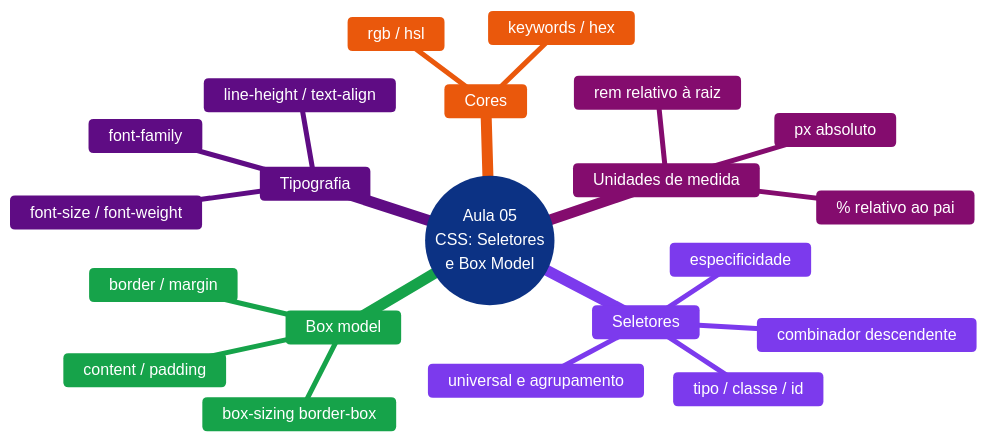
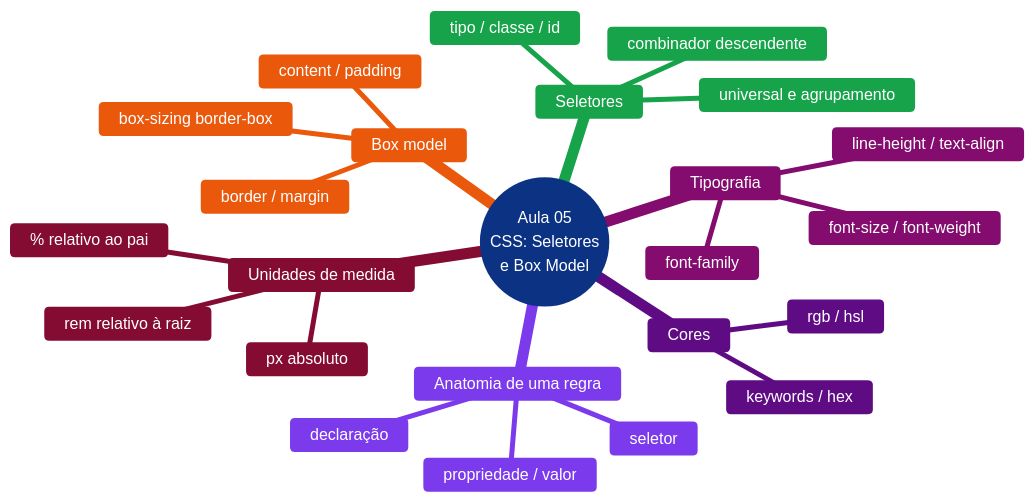
The diagram in aula-05/diagramas/03-resumo-aula-05.mmd (gustavocolombelli/uniguacu-web-dev), drawn with Mermaid before and after one commit. The commit also changed 5 other files, not shown here.

```diff
--- a/aula-05/diagramas/03-resumo-aula-05.mmd
+++ b/aula-05/diagramas/03-resumo-aula-05.mmd
@@ -1,36 +1,39 @@
 %%{init: {'theme':'base', 'themeVariables': {
   'primaryColor': '#2563EB',
   'primaryTextColor': '#FFFFFF',
   'primaryBorderColor': '#1D4ED8',
   'secondaryColor': '#7C3AED',
   'secondaryTextColor': '#FFFFFF',
   'tertiaryTextColor': '#6B7280',
   'lineColor': '#6B7280',
   'textColor': '#6B7280',
   'cScale0': '#2563EB', 'cScaleLabel0': '#FFFFFF',
   'cScale1': '#7C3AED', 'cScaleLabel1': '#FFFFFF',
   'cScale2': '#16A34A', 'cScaleLabel2': '#FFFFFF',
   'cScale3': '#EA580C', 'cScaleLabel3': '#FFFFFF'
 }}}%%
 mindmap
   root((Aula 05<br/>CSS: Seletores<br/>e Box Model))
+    Anatomia de uma regra
+      seletor
+      declaração
+      propriedade / valor
     Seletores
       tipo / classe / id
       universal e agrupamento
       combinador descendente
-      especificidade
     Box model
       content / padding
       border / margin
       box-sizing border-box
     Cores
       keywords / hex
       rgb / hsl
     Tipografia
       font-family
       font-size / font-weight
       line-height / text-align
     Unidades de medida
       px absoluto
       % relativo ao pai
       rem relativo à raiz
```
